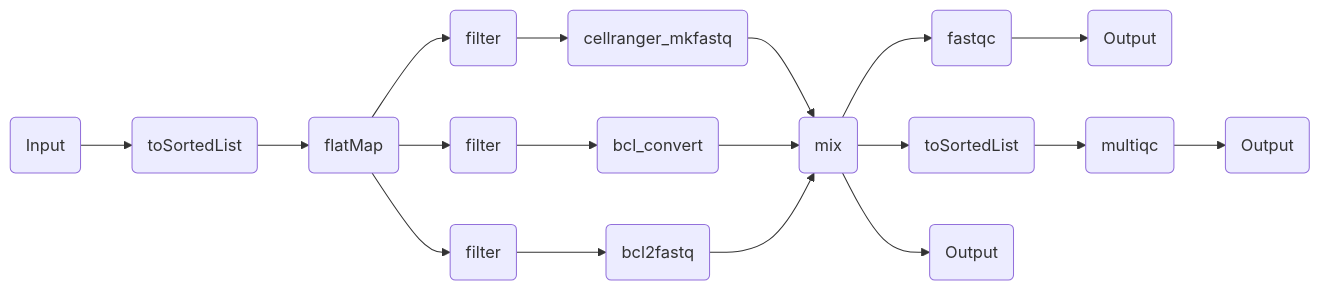
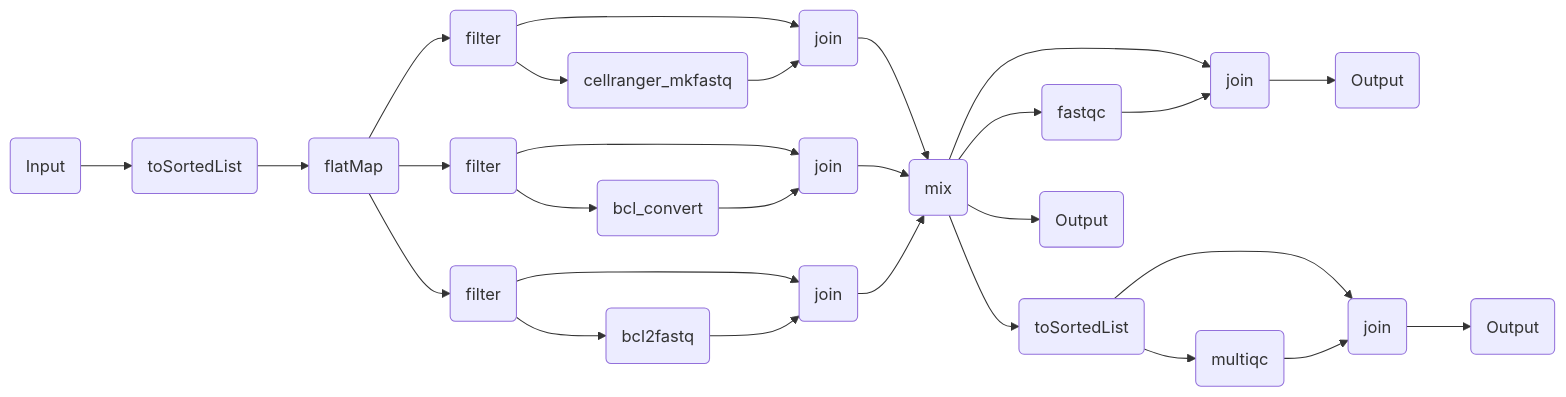
Before and after one commit to openpipelines-bio/website: the diagram in components/workflows/ingestion/demux.qmd, drawn with Mermaid. The commit also changed other lines of this file and 92 other files, not shown here.

````diff
--- a/components/workflows/ingestion/demux.qmd
+++ b/components/workflows/ingestion/demux.qmd
@@ -96,38 +96,53 @@
 ```{mermaid}
 %%| column: screen-inset-shaded
 flowchart LR
     p0(Input)
     p2(toSortedList)
     p4(flatMap)
     p5(filter)
-    p11(cellranger_mkfastq)
+    p10(cellranger_mkfastq)
+    p12(join)
     p35(mix)
     p15(filter)
-    p21(bcl_convert)
+    p20(bcl_convert)
+    p22(join)
     p25(filter)
-    p31(bcl2fastq)
-    p42(fastqc)
+    p30(bcl2fastq)
+    p32(join)
+    p41(fastqc)
+    p43(join)
     p46(Output)
     p48(toSortedList)
-    p55(multiqc)
+    p54(multiqc)
+    p56(join)
     p59(Output)
     p63(Output)
     p4-->p5
     p4-->p15
     p4-->p25
     p0-->p2
     p2-->p4
-    p5-->p11
-    p11-->p35
-    p15-->p21
-    p21-->p35
-    p25-->p31
-    p31-->p35
-    p35-->p42
-    p42-->p46
+    p5-->p12
+    p5-->p10
+    p10-->p12
+    p12-->p35
+    p15-->p22
+    p15-->p20
+    p20-->p22
+    p22-->p35
+    p25-->p32
+    p25-->p30
+    p30-->p32
+    p32-->p35
+    p35-->p43
+    p35-->p41
+    p41-->p43
+    p43-->p46
     p35-->p48
-    p48-->p55
-    p55-->p59
+    p48-->p56
+    p48-->p54
+    p54-->p56
+    p56-->p59
     p35-->p63
 
 ```
````
